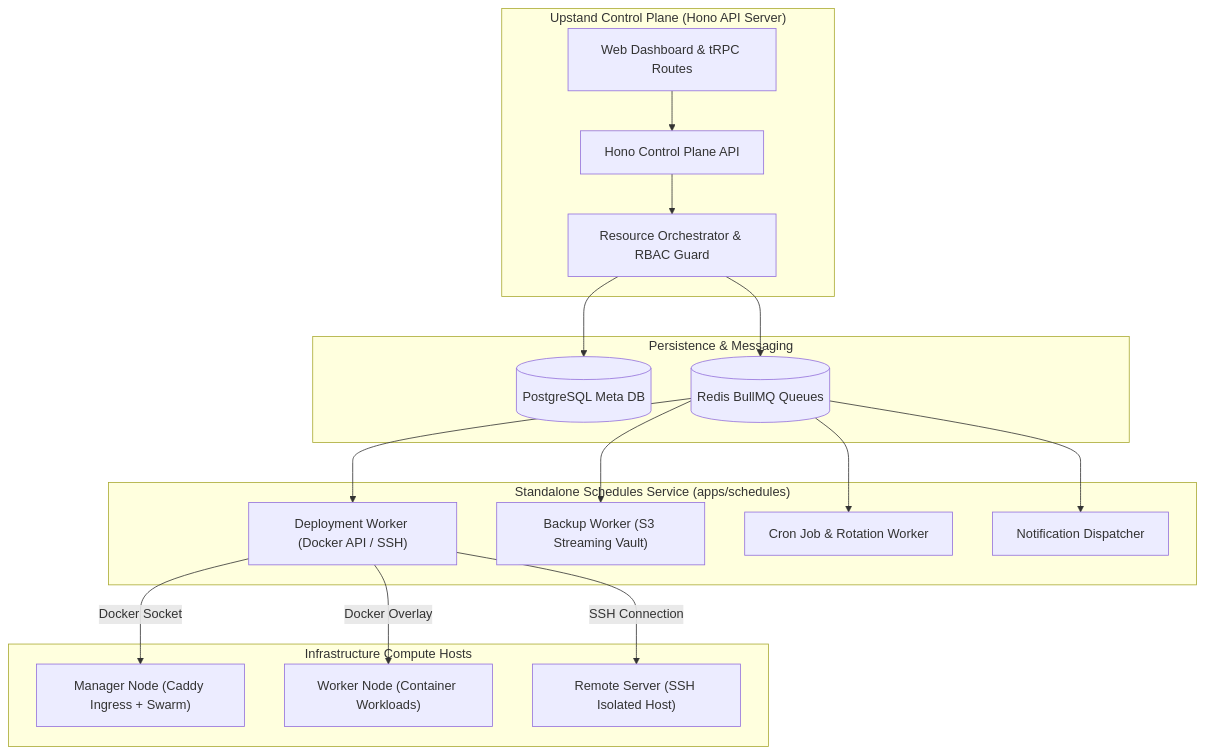
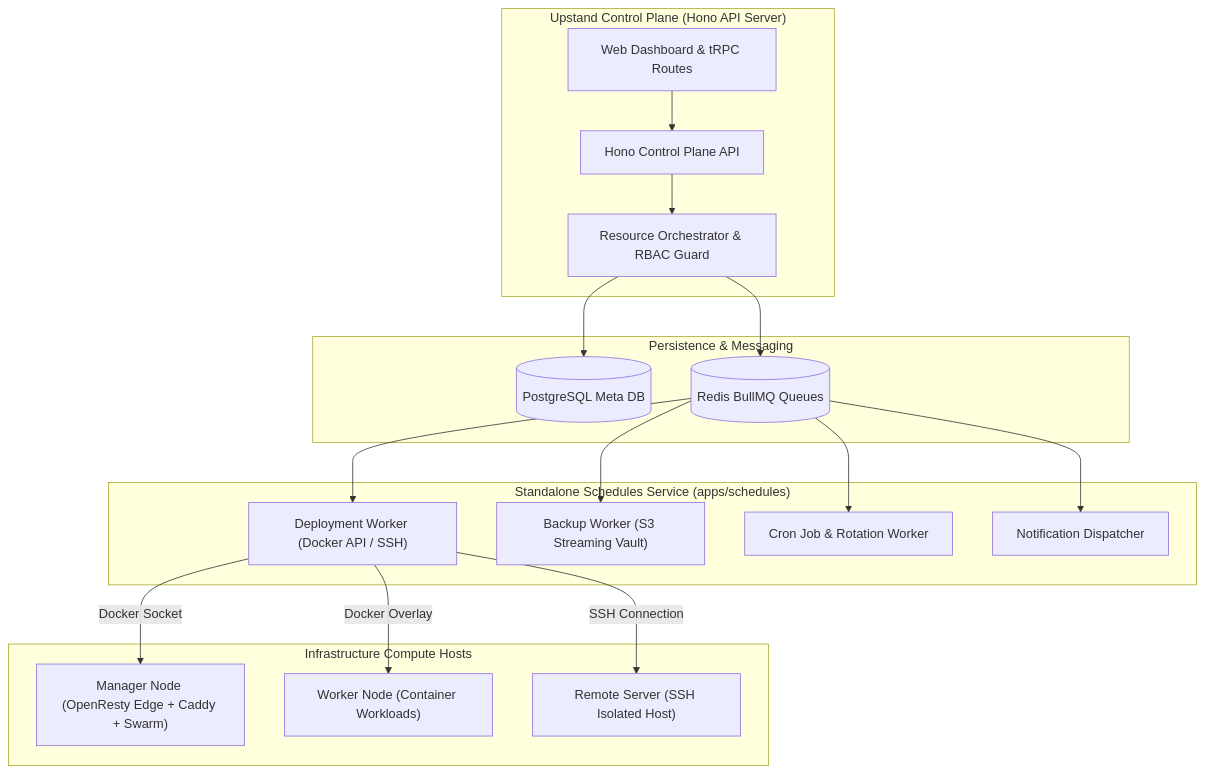
Before and after one commit to UpstandPlatform/upstand: the diagram in apps/fumadocs/content/docs/operations/infrastructure.mdx, drawn with Mermaid. The commit also changed other lines of this file and 543 other files, not shown here.

````diff
--- a/apps/fumadocs/content/docs/operations/infrastructure.mdx
+++ b/apps/fumadocs/content/docs/operations/infrastructure.mdx
@@ -12,37 +12,37 @@
 ```mermaid
 flowchart TD
     subgraph ControlPlane["Upstand Control Plane (Hono API Server)"]
         UI["Web Dashboard & tRPC Routes"]
         APIServer["Hono Control Plane API"]
         Orchestration["Resource Orchestrator & RBAC Guard"]
         UI --> APIServer
         APIServer --> Orchestration
     end
 
     subgraph DataStore["Persistence & Messaging"]
         Postgres[(PostgreSQL Meta DB)]
         Redis[(Redis BullMQ Queues)]
         Orchestration --> Postgres
         Orchestration --> Redis
     end
 
     subgraph WorkerPool["Standalone Schedules Service (apps/schedules)"]
         DeployWorker["Deployment Worker (Docker API / SSH)"]
         BackupWorker["Backup Worker (S3 Streaming Vault)"]
         CronWorker["Cron Job & Rotation Worker"]
         NotificationWorker["Notification Dispatcher"]
         Redis --> DeployWorker
         Redis --> BackupWorker
         Redis --> CronWorker
         Redis --> NotificationWorker
     end
 
     subgraph TargetHosts["Infrastructure Compute Hosts"]
-        Host1["Manager Node (Caddy Ingress + Swarm)"]
+        Host1["Manager Node (OpenResty Edge + Caddy + Swarm)"]
         Host2["Worker Node (Container Workloads)"]
         Host3["Remote Server (SSH Isolated Host)"]
         DeployWorker -->|Docker Socket| Host1
         DeployWorker -->|Docker Overlay| Host2
         DeployWorker -->|SSH Connection| Host3
     end
 ```
````
